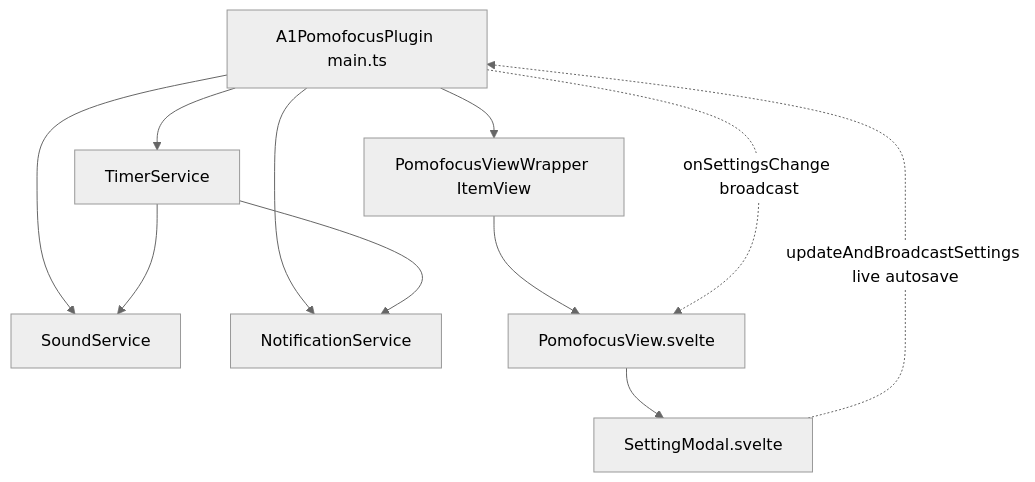
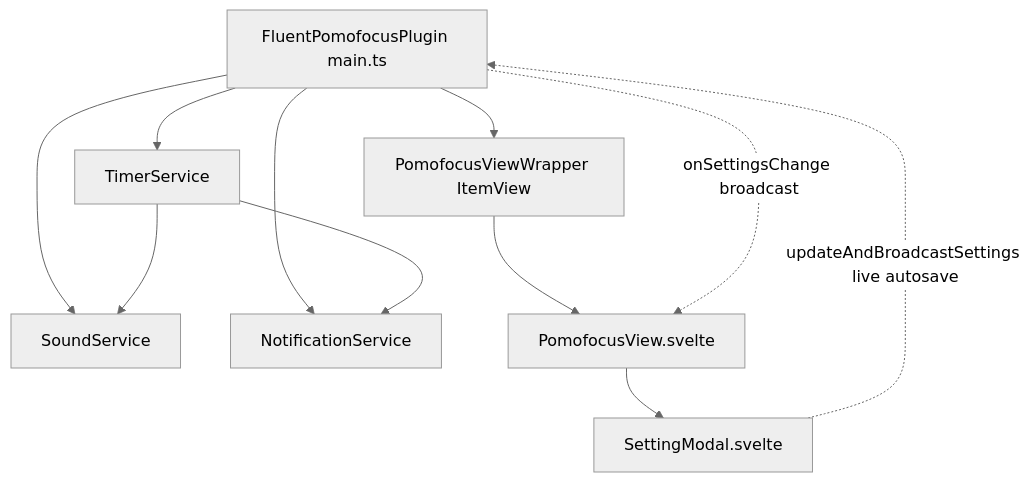
Before and after one commit to 2607044640/fluent-pomofocus: the diagram in _Architecture.md, drawn with Mermaid (neutral theme). The commit also changed other lines of this file and 1 other file, not shown here.

Commit message:
docs: sync architecture specifications and user guide for fluent-pomofocus

````diff
--- a/_Architecture.md
+++ b/_Architecture.md
@@ -9,14 +9,14 @@
 ```mermaid
 graph TD
-    Plugin[A1PomofocusPlugin main.ts] --> TimerService[TimerService]
+    Plugin[FluentPomofocusPlugin main.ts] --> TimerService[TimerService]
     Plugin --> SoundService[SoundService]
     Plugin --> NotificationService[NotificationService]
     Plugin --> ViewWrapper[PomofocusViewWrapper ItemView]
     ViewWrapper --> View[PomofocusView.svelte]
     View --> Modal[SettingModal.svelte]
     TimerService --> SoundService
     TimerService --> NotificationService
 
     Modal -.->|updateAndBroadcastSettings live autosave| Plugin
     Plugin -.->|onSettingsChange broadcast| View
 ```
````
